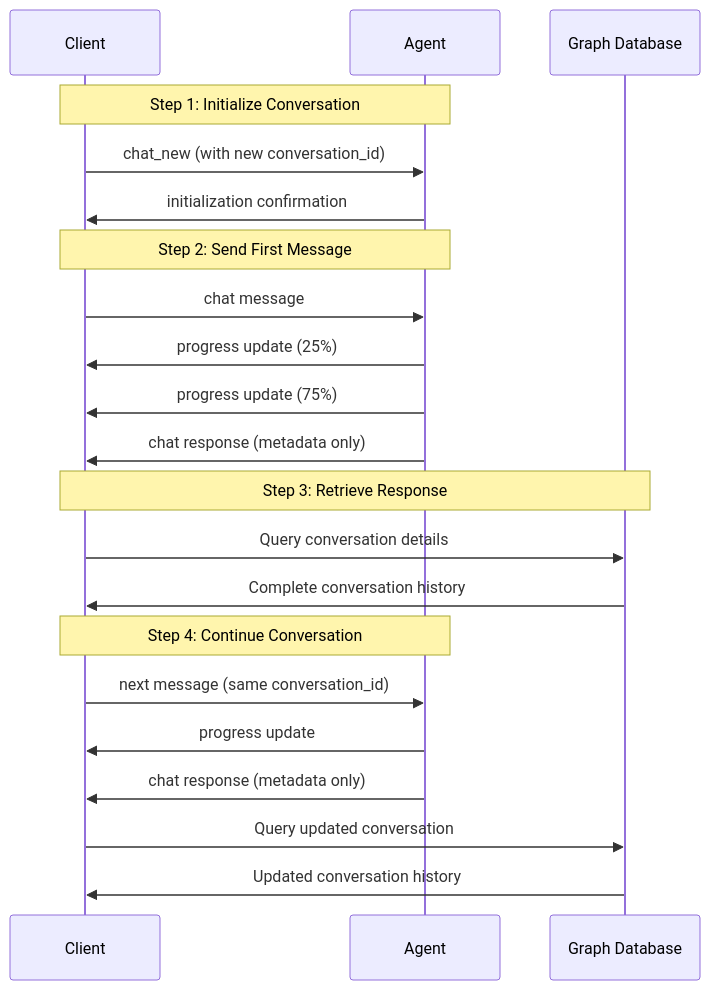
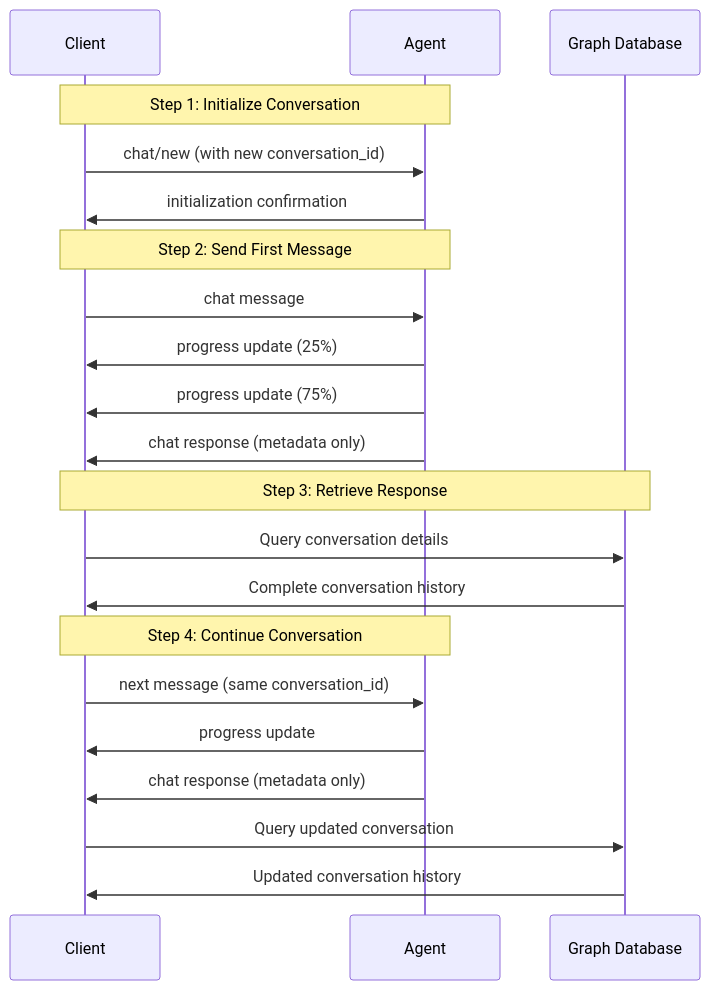
One commit to XMPro/Multi-Agent changed the diagram in docs/concepts/agent-messaging.md. Above: the diagram before and after it, drawn with Mermaid. The commit also changed other lines of this file, not shown here.

````diff
--- a/docs/concepts/agent-messaging.md
+++ b/docs/concepts/agent-messaging.md
@@ -166,27 +166,27 @@
 ```mermaid
 sequenceDiagram
     participant C as Client
     participant A as Agent
     participant DB as Graph Database
     
     Note over C,A: Step 1: Initialize Conversation
-    C->>A: chat_new (with new conversation_id)
+    C->>A: chat/new (with new conversation_id)
     A->>C: initialization confirmation
     
     Note over C,A: Step 2: Send First Message
     C->>A: chat message
     A->>C: progress update (25%)
     A->>C: progress update (75%)
     A->>C: chat response (metadata only)
     
     Note over C,DB: Step 3: Retrieve Response
     C->>DB: Query conversation details
     DB->>C: Complete conversation history
     
     Note over C,A: Step 4: Continue Conversation
     C->>A: next message (same conversation_id)
     A->>C: progress update
     A->>C: chat response (metadata only)
     C->>DB: Query updated conversation
     DB->>C: Updated conversation history
 ```
````
